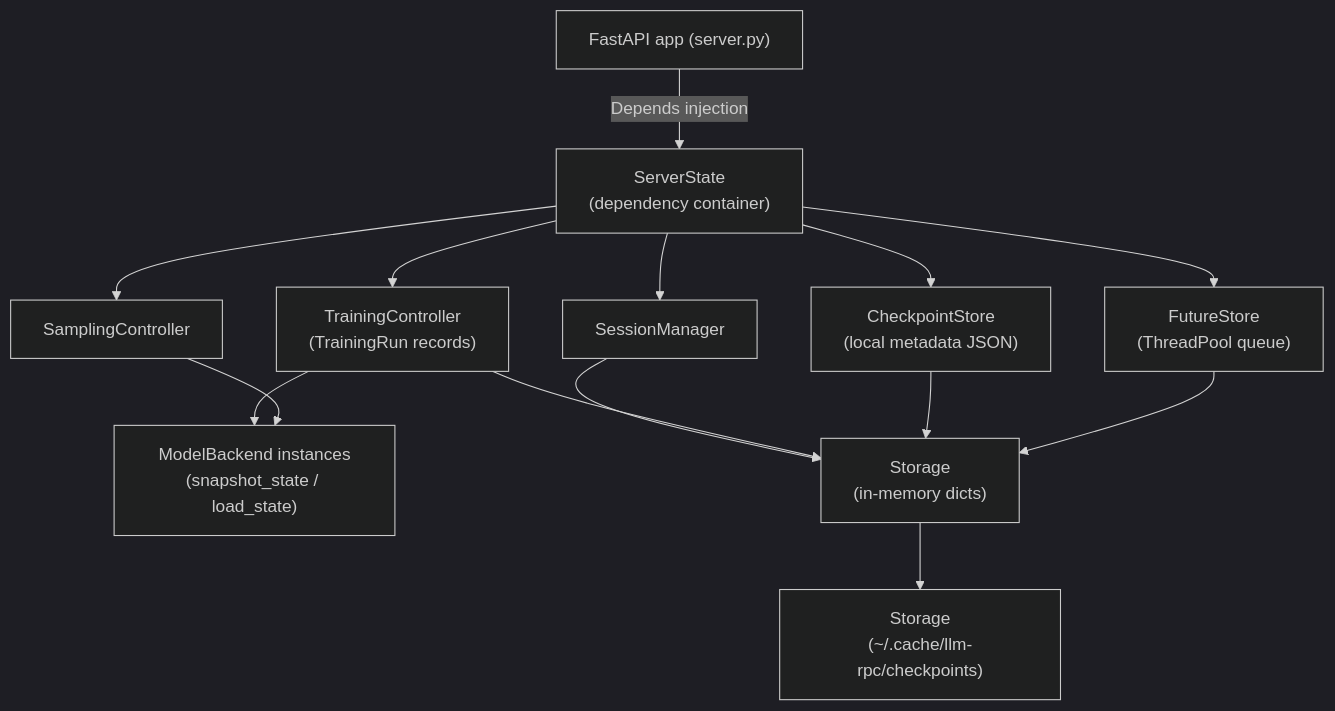
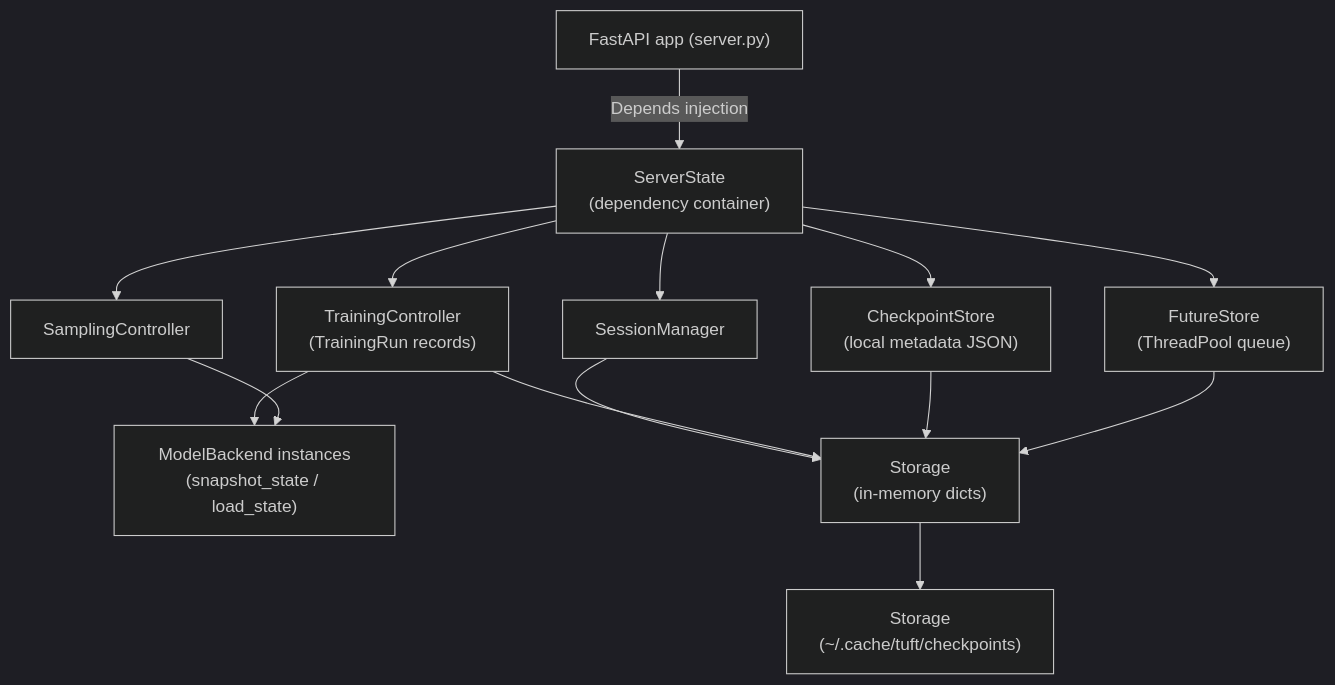
The diagram in docs/minimal-design.md (agentscope-ai/TuFT), drawn with Mermaid (dark theme) before and after one commit. The commit also changed other lines of this file and 31 other files, not shown here.

````diff
--- a/docs/minimal-design.md
+++ b/docs/minimal-design.md
@@ -25,21 +25,21 @@
 ```mermaid
 flowchart TD
   fastapi["FastAPI app (server.py)"]
   state["ServerState<br/>(dependency container)"]
   fastapi -->|"Depends injection"| state
 
   state --> sessions["SessionManager"]
   state --> training["TrainingController<br/>(TrainingRun records)"]
   state --> sampling["SamplingController"]
   state --> checkpoints["CheckpointStore<br/>(local metadata JSON)"]
   state --> futures["FutureStore<br/>(ThreadPool queue)"]
 
   training --> backends["ModelBackend instances<br/>(snapshot_state / load_state)"]
   sampling --> backends
 
   sessions --> storage["Storage<br/>(in-memory dicts)"]
   training --> storage
   checkpoints --> storage
   futures --> storage
-  storage --> filesystem["Storage<br/>(~/.cache/llm-rpc/checkpoints)"]
+  storage --> filesystem["Storage<br/>(~/.cache/tuft/checkpoints)"]
 ```
````
